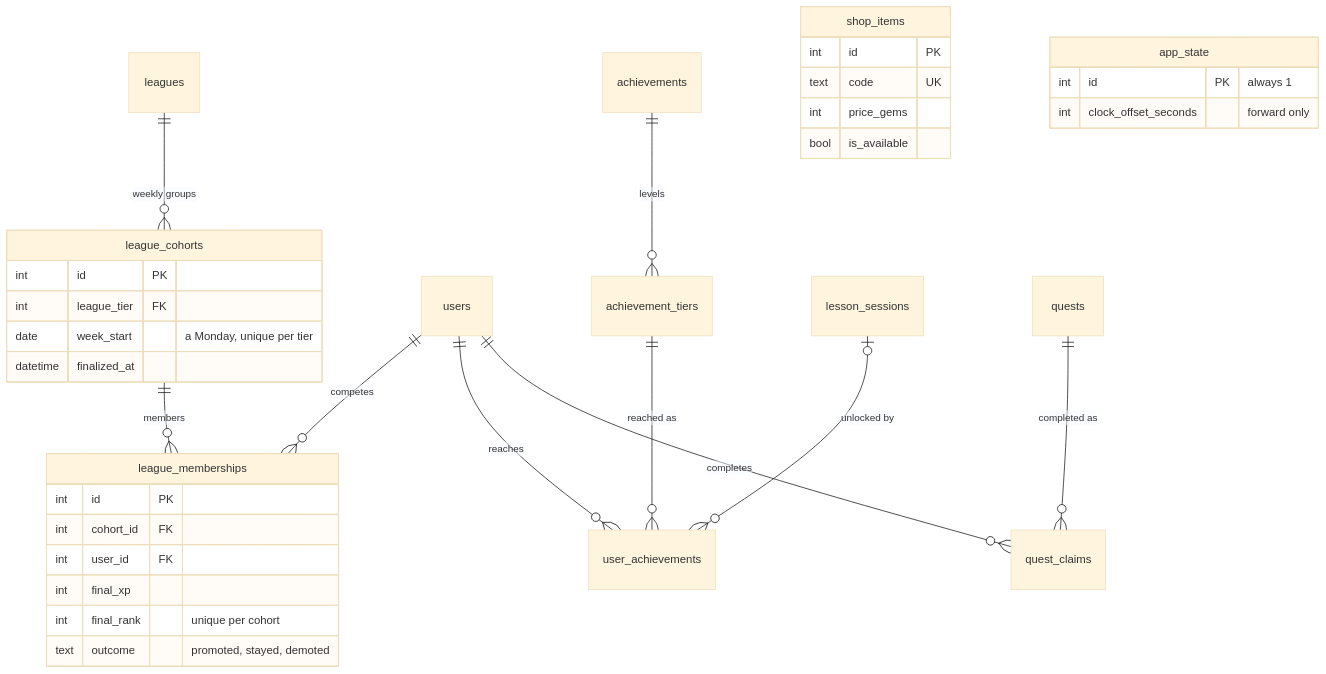
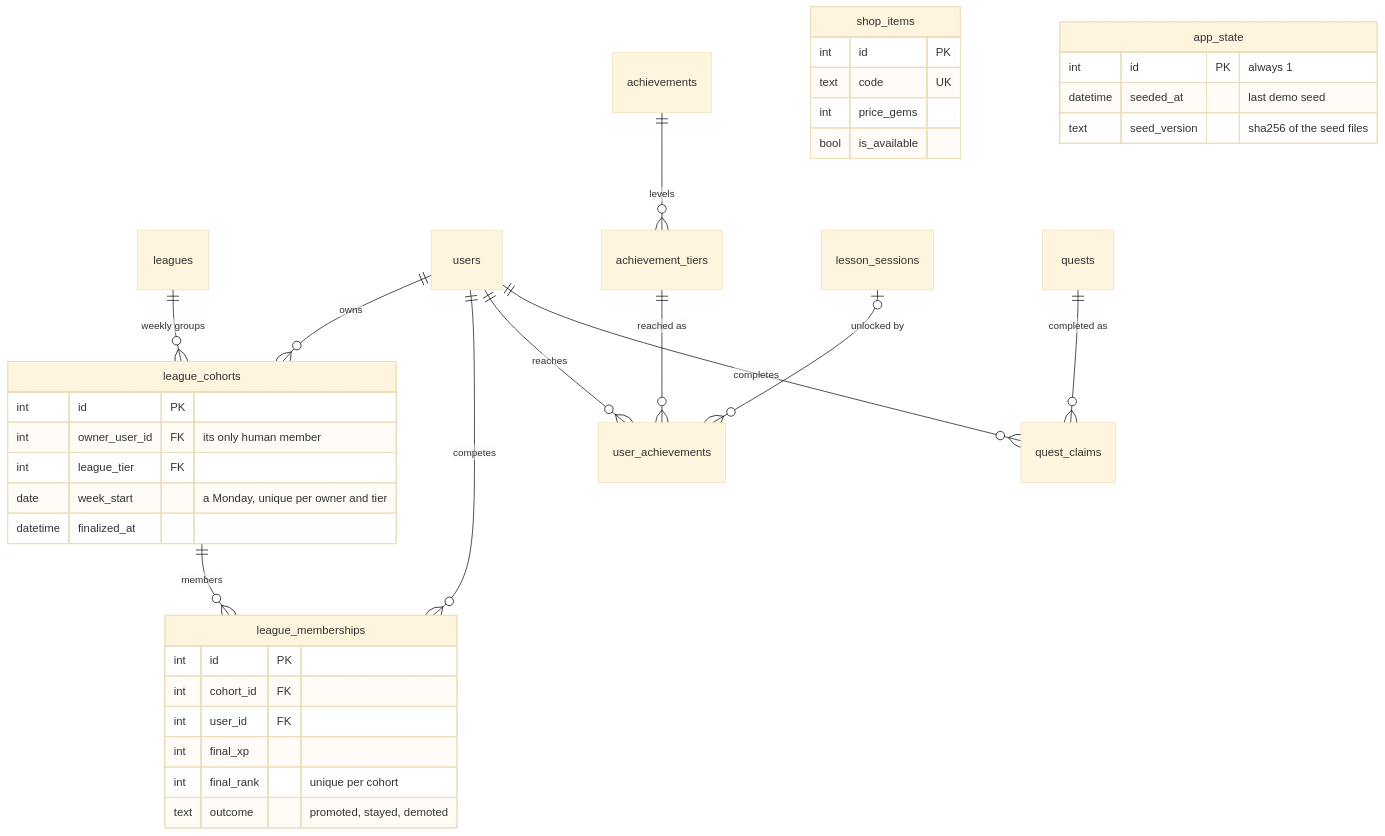
One commit to PulkitGarg31/Duolingo-Clone changed the sixth of 6 diagrams in README.md. Above: the diagram before and after it, drawn with Mermaid (base theme). The commit also changed other lines of this file and 1 other file, not shown here.

Commit message:
docs: document accounts, per-learner sandboxes and the new endpoints

````diff
--- a/README.md
+++ b/README.md
@@ -352,37 +375,40 @@
 ```mermaid
 erDiagram
   leagues ||--o{ league_cohorts : "weekly groups"
+  users ||--o{ league_cohorts : owns
   league_cohorts ||--o{ league_memberships : members
   users ||--o{ league_memberships : competes
   achievements ||--o{ achievement_tiers : levels
   achievement_tiers ||--o{ user_achievements : "reached as"
   users ||--o{ user_achievements : reaches
   lesson_sessions |o--o{ user_achievements : "unlocked by"
   quests ||--o{ quest_claims : "completed as"
   users ||--o{ quest_claims : completes
 
   league_cohorts {
     int id PK
+    int owner_user_id FK "its only human member"
     int league_tier FK
-    date week_start "a Monday, unique per tier"
+    date week_start "a Monday, unique per owner and tier"
     datetime finalized_at
   }
   league_memberships {
     int id PK
     int cohort_id FK
     int user_id FK
     int final_xp
     int final_rank "unique per cohort"
     text outcome "promoted, stayed, demoted"
   }
   shop_items {
     int id PK
     text code UK
     int price_gems
     bool is_available
   }
   app_state {
     int id PK "always 1"
-    int clock_offset_seconds "forward only"
+    datetime seeded_at "last demo seed"
+    text seed_version "sha256 of the seed files"
   }
 ```
````
